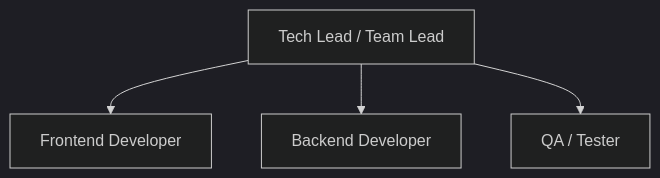
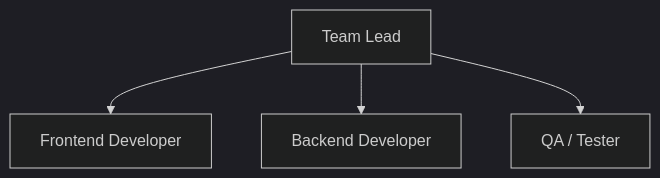
The first of 3 diagrams in documentation/00_ONBOARDING/0.1_Welcome_Guide.md (Siam-GS-Battery/SOP-SDLC-PLAN), drawn with Mermaid (dark theme) before and after one commit. The commit also changed other lines of this file, not shown here.

````diff
--- a/documentation/00_ONBOARDING/0.1_Welcome_Guide.md
+++ b/documentation/00_ONBOARDING/0.1_Welcome_Guide.md
@@ -36,11 +35,11 @@
 ```mermaid
 flowchart TB
-    TL[Tech Lead / Team Lead]
+    TL[Team Lead]
     FE[Frontend Developer]
     BE[Backend Developer]
     QA[QA / Tester]
 
     TL --> FE
     TL --> BE
     TL --> QA
 ```
````
